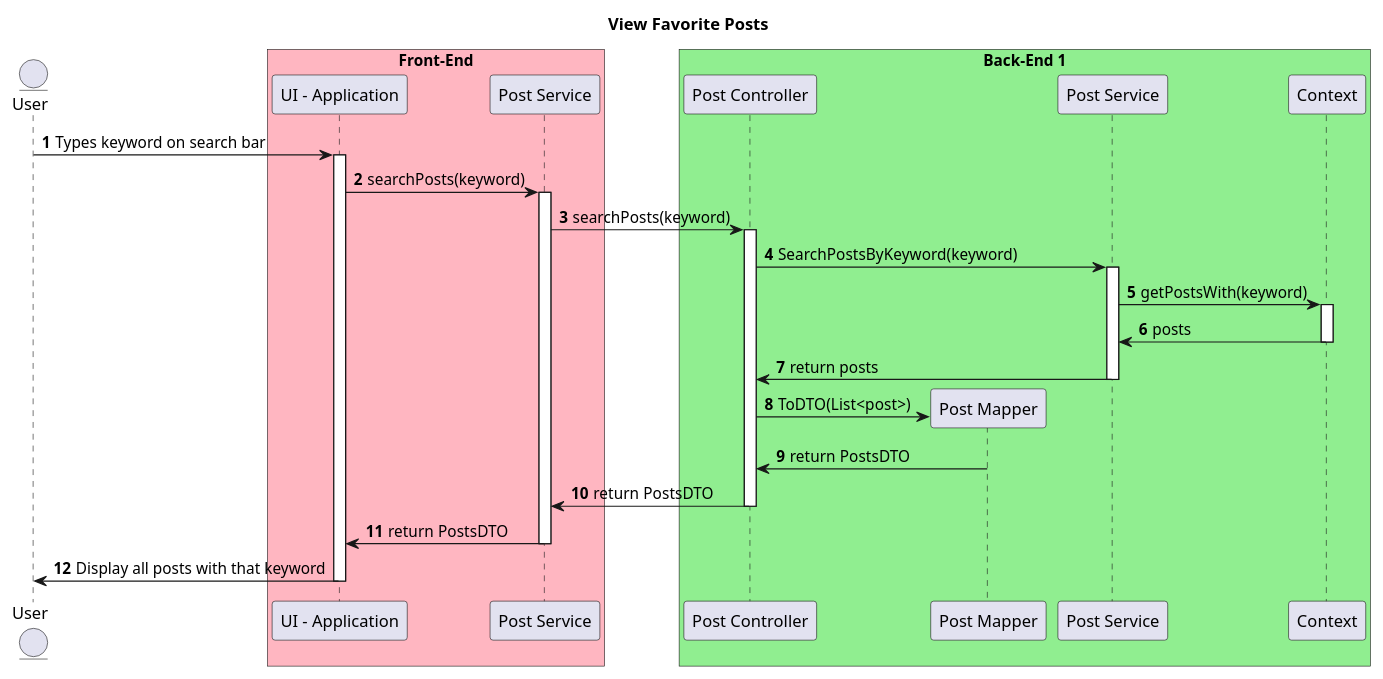
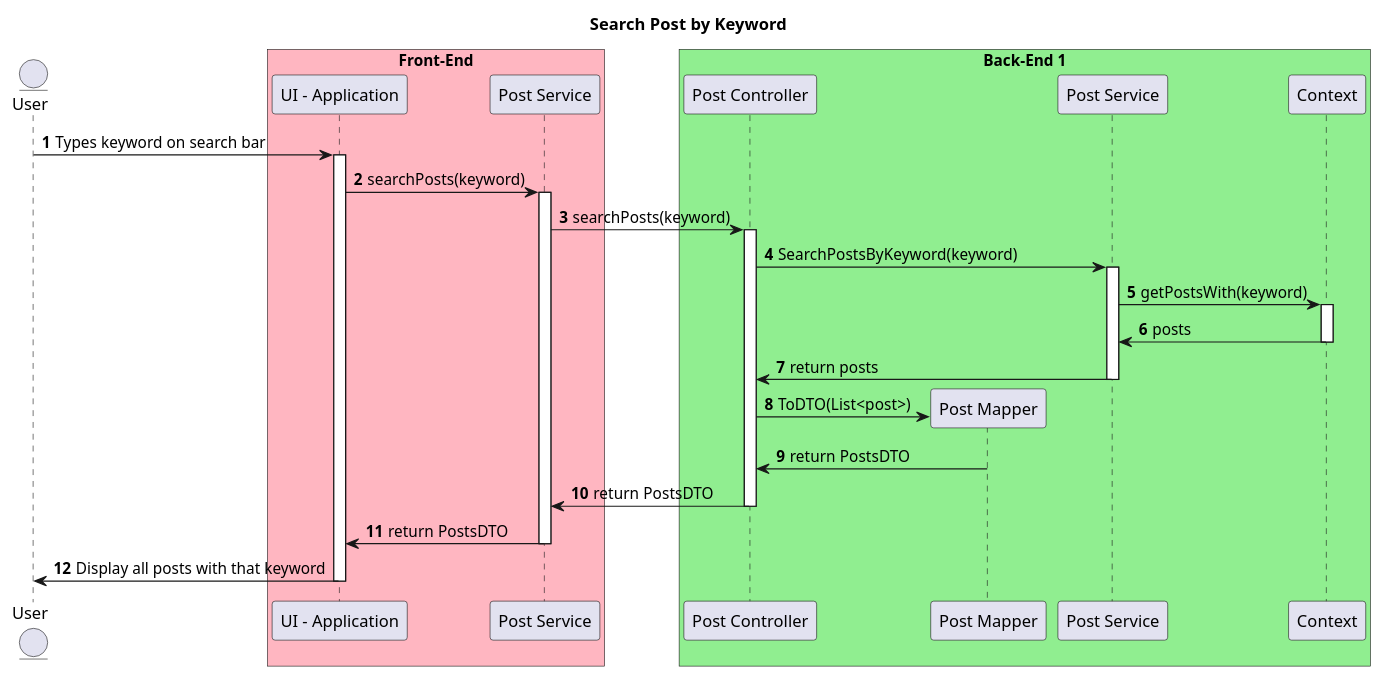
One commit to Tegarde/sprint4_UPSkill changed the diagram in Documentation/Use Cases/UC05/03. Design/SD_Search_post_by_keyword.puml. Above: the diagram before and after it, drawn with PlantUML. The commit also changed 3 other files, not shown here.

```diff
--- a/Documentation/Use Cases/UC05/03. Design/SD_Search_post_by_keyword.puml
+++ b/Documentation/Use Cases/UC05/03. Design/SD_Search_post_by_keyword.puml
@@ -1,32 +1,32 @@
 @startuml
 'https://plantuml.com/sequence-diagram
-title "View Favorite Posts"
+title "Search Post by Keyword"
 
 autonumber
 entity "User" as U
 
 box "Front-End" #lightpink
 participant "UI - Application" as UI
 participant "Post Service" as FES
 end box
 
 box "Back-End 1" #lightgreen
 participant "Post Controller" as BE1C
 participant "Post Mapper" as PM
 participant "Post Service" as BE1S
 participant "Context" as CBE1
 end box
 
 U -> UI++: Types keyword on search bar
 UI -> FES++: searchPosts(keyword)
 FES -> BE1C++: searchPosts(keyword)
 BE1C -> BE1S++: SearchPostsByKeyword(keyword)
 BE1S -> CBE1++: getPostsWith(keyword)
 CBE1 -> BE1S--: posts
 BE1S -> BE1C--: return posts
 BE1C -> PM**: ToDTO(List<post>)
 PM -> BE1C--: return PostsDTO
 BE1C -> FES--: return PostsDTO
 FES -> UI--: return PostsDTO
 UI -> U--: Display all posts with that keyword
 @enduml
```
